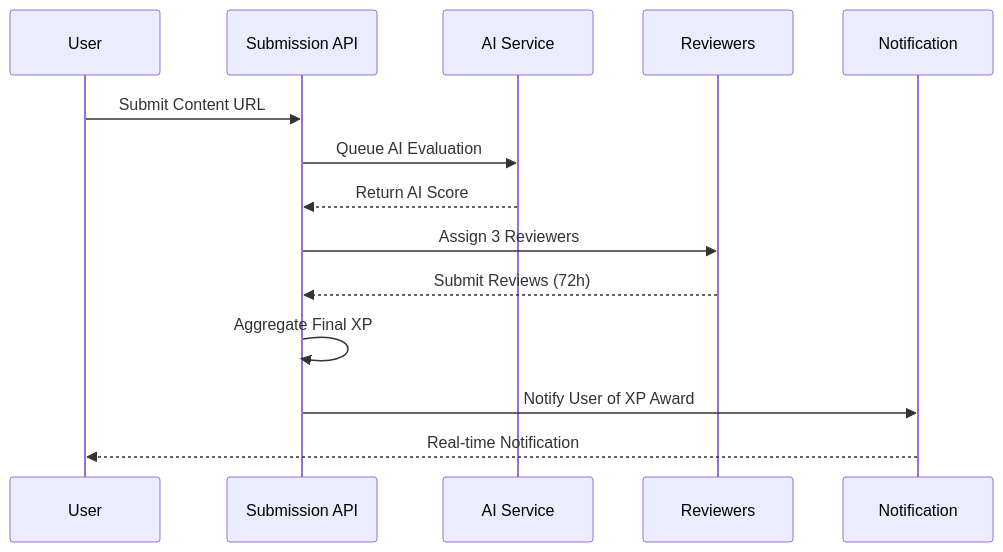
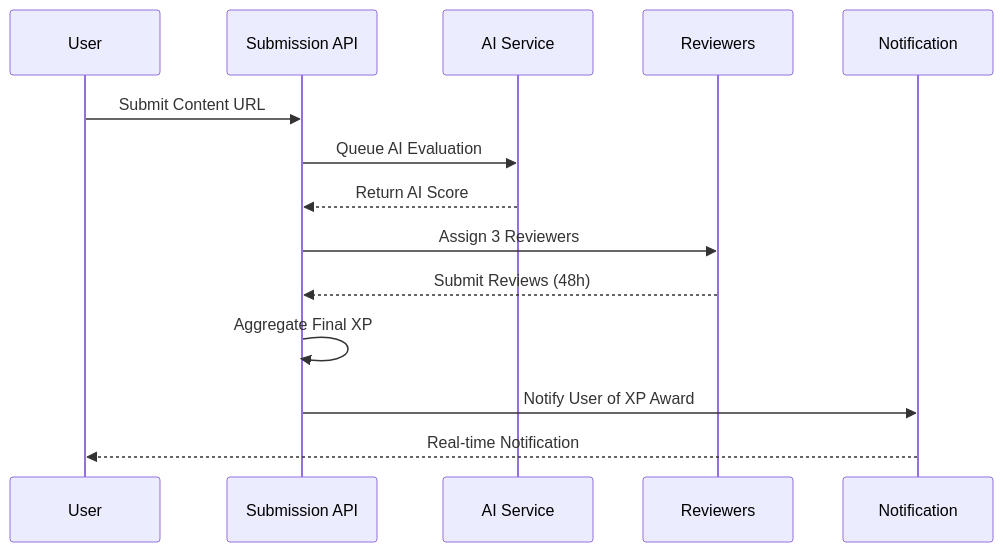
The ninth of 10 diagrams in ARCHITECTURE.md (dimzachar/ScholarsXP), drawn with Mermaid before and after one commit. The commit also changed other lines of this file and 12 other files, not shown here.

````diff
--- a/ARCHITECTURE.md
+++ b/ARCHITECTURE.md
@@ -580,17 +580,17 @@
 ```mermaid
 sequenceDiagram
     participant U as User
     participant S as Submission API
     participant AI as AI Service
     participant R as Reviewers
     participant N as Notification
 
     U->>S: Submit Content URL
     S->>AI: Queue AI Evaluation
     AI-->>S: Return AI Score
     S->>R: Assign 3 Reviewers
-    R-->>S: Submit Reviews (72h)
+    R-->>S: Submit Reviews (48h)
     S->>S: Aggregate Final XP
     S->>N: Notify User of XP Award
     N-->>U: Real-time Notification
 ```
````
